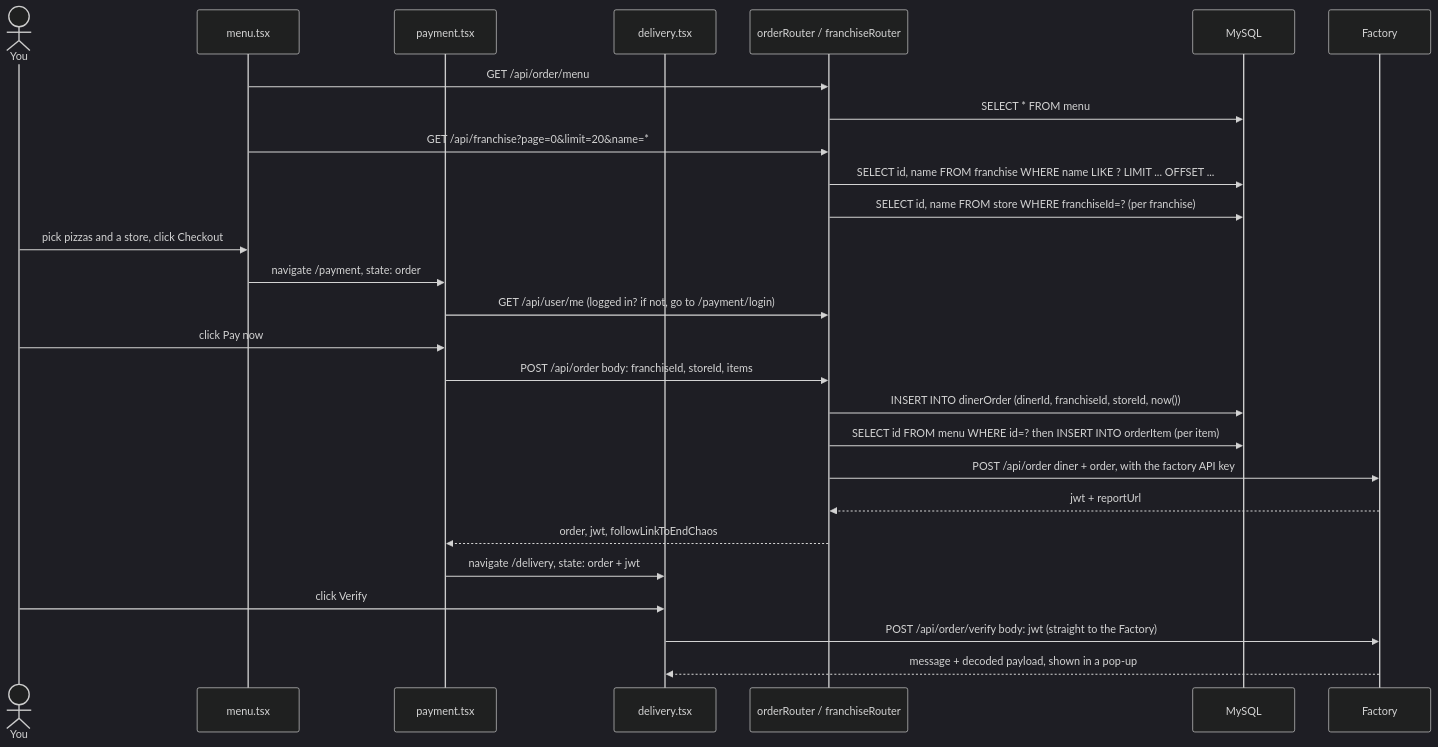
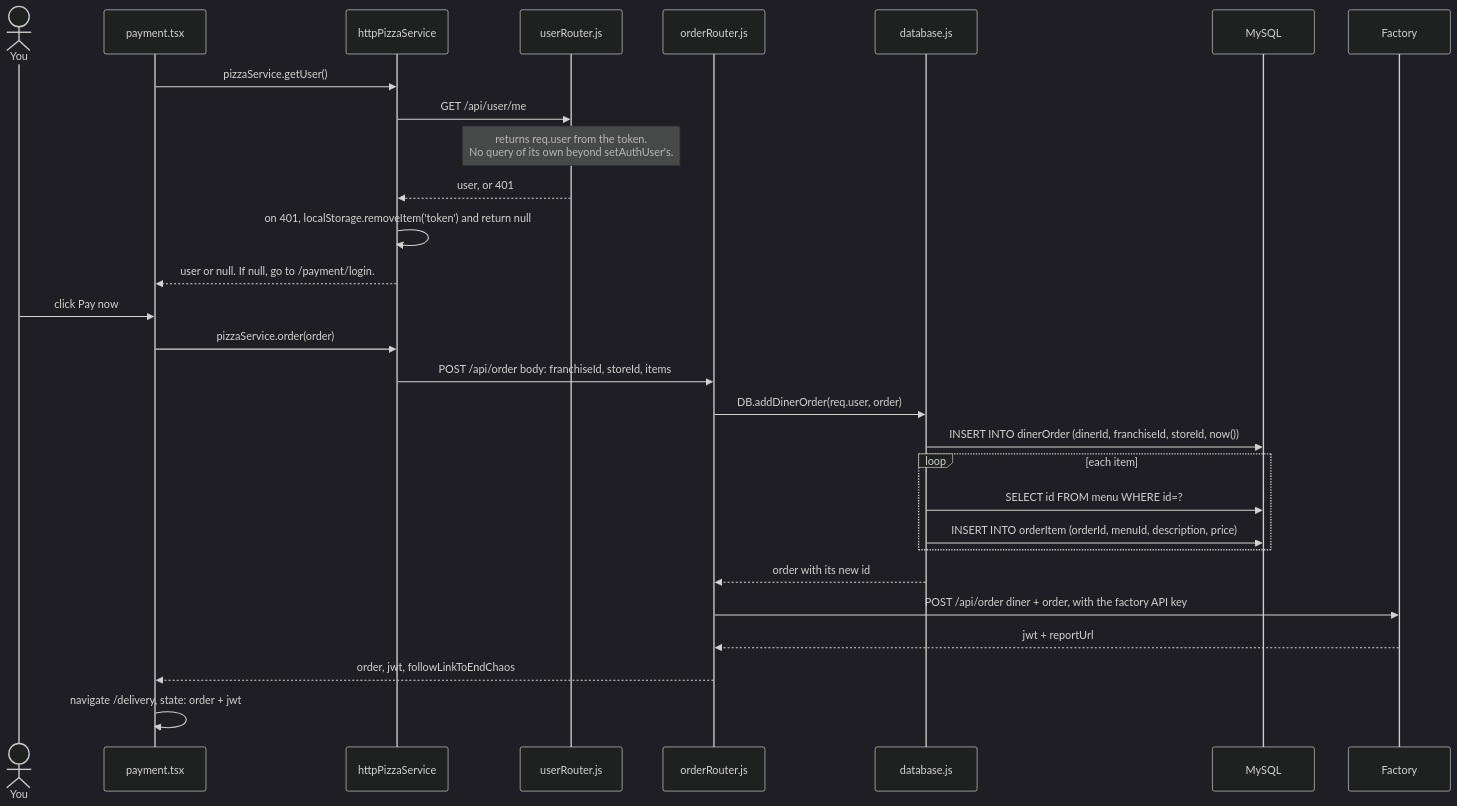
One commit to joshuajob-cs/jwt-pizza changed the ninth of 18 diagrams in docs/flows.md. Above: the diagram before and after it, drawn with Mermaid (dark theme). The commit also changed other lines of this file, not shown here.

Commit message:
refactor(docs): draw every layer consistently in flows.md

````diff
--- a/docs/flows.md
+++ b/docs/flows.md
@@ -162,29 +227,31 @@
 ```mermaid
 sequenceDiagram
   actor You
-  participant Menu as menu.tsx
   participant Pay as payment.tsx
-  participant Del as delivery.tsx
-  participant R as orderRouter / franchiseRouter
+  participant S as httpPizzaService
+  participant UR as userRouter.js
+  participant OR as orderRouter.js
+  participant D as database.js
   participant M as MySQL
   participant F as Factory
-  Menu->>R: GET /api/order/menu
-  R->>M: SELECT * FROM menu
-  Menu->>R: GET /api/franchise?page=0&limit=20&name=*
-  R->>M: SELECT id, name FROM franchise WHERE name LIKE ? LIMIT ... OFFSET ...
-  R->>M: SELECT id, name FROM store WHERE franchiseId=?  (per franchise)
-  You->>Menu: pick pizzas and a store, click Checkout
-  Menu->>Pay: navigate /payment, state: order
-  Pay->>R: GET /api/user/me  (logged in? if not, go to /payment/login)
+  Pay->>S: pizzaService.getUser()
+  S->>UR: GET /api/user/me
+  Note over UR: returns req.user from the token.<br/>No query of its own beyond setAuthUser's.
+  UR-->>S: user, or 401
+  S->>S: on 401, localStorage.removeItem('token') and return null
+  S-->>Pay: user or null. If null, go to /payment/login.
   You->>Pay: click Pay now
-  Pay->>R: POST /api/order  body: franchiseId, storeId, items
-  R->>M: INSERT INTO dinerOrder (dinerId, franchiseId, storeId, now())
-  R->>M: SELECT id FROM menu WHERE id=?  then INSERT INTO orderItem  (per item)
-  R->>F: POST /api/order  diner + order, with the factory API key
-  F-->>R: jwt + reportUrl
-  R-->>Pay: order, jwt, followLinkToEndChaos
-  Pay->>Del: navigate /delivery, state: order + jwt
-  You->>Del: click Verify
-  Del->>F: POST /api/order/verify  body: jwt  (straight to the Factory)
-  F-->>Del: message + decoded payload, shown in a pop-up
+  Pay->>S: pizzaService.order(order)
+  S->>OR: POST /api/order  body: franchiseId, storeId, items
+  OR->>D: DB.addDinerOrder(req.user, order)
+  D->>M: INSERT INTO dinerOrder (dinerId, franchiseId, storeId, now())
+  loop each item
+    D->>M: SELECT id FROM menu WHERE id=?
+    D->>M: INSERT INTO orderItem (orderId, menuId, description, price)
+  end
+  D-->>OR: order with its new id
+  OR->>F: POST /api/order  diner + order, with the factory API key
+  F-->>OR: jwt + reportUrl
+  OR-->>Pay: order, jwt, followLinkToEndChaos
+  Pay->>Pay: navigate /delivery, state: order + jwt
 ```
````
